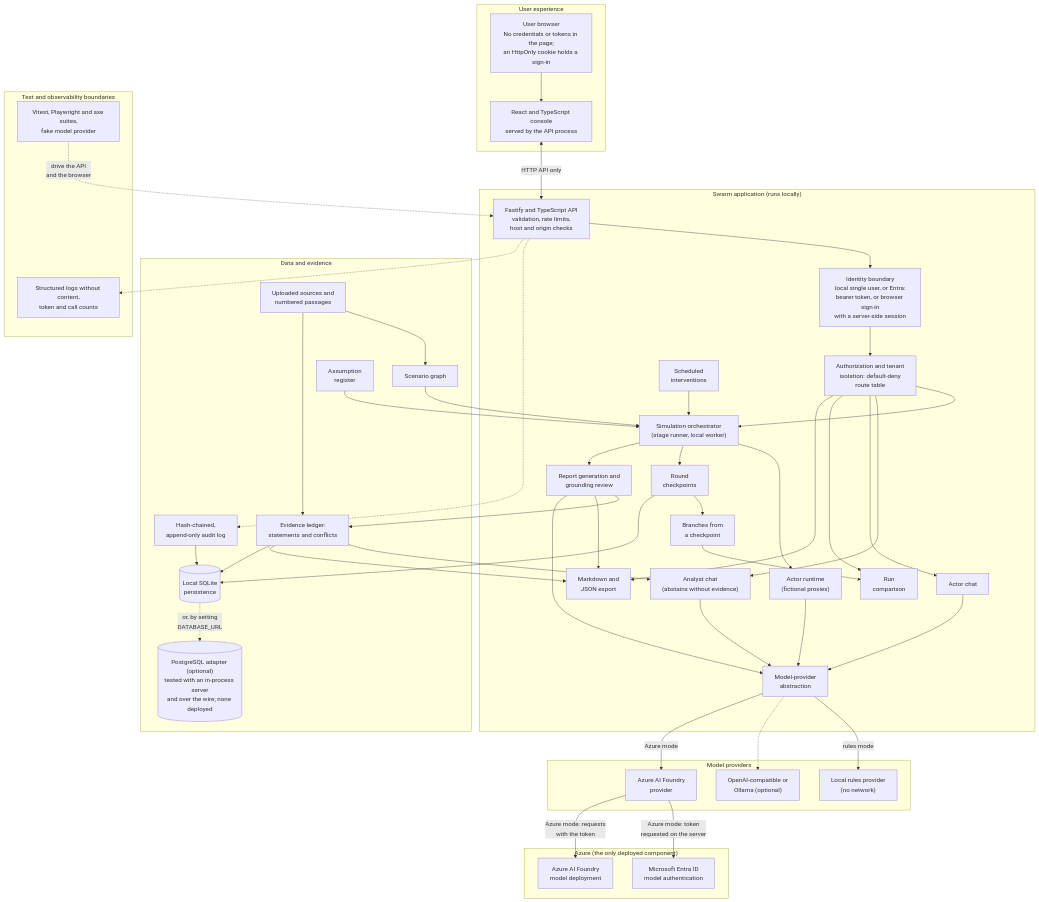
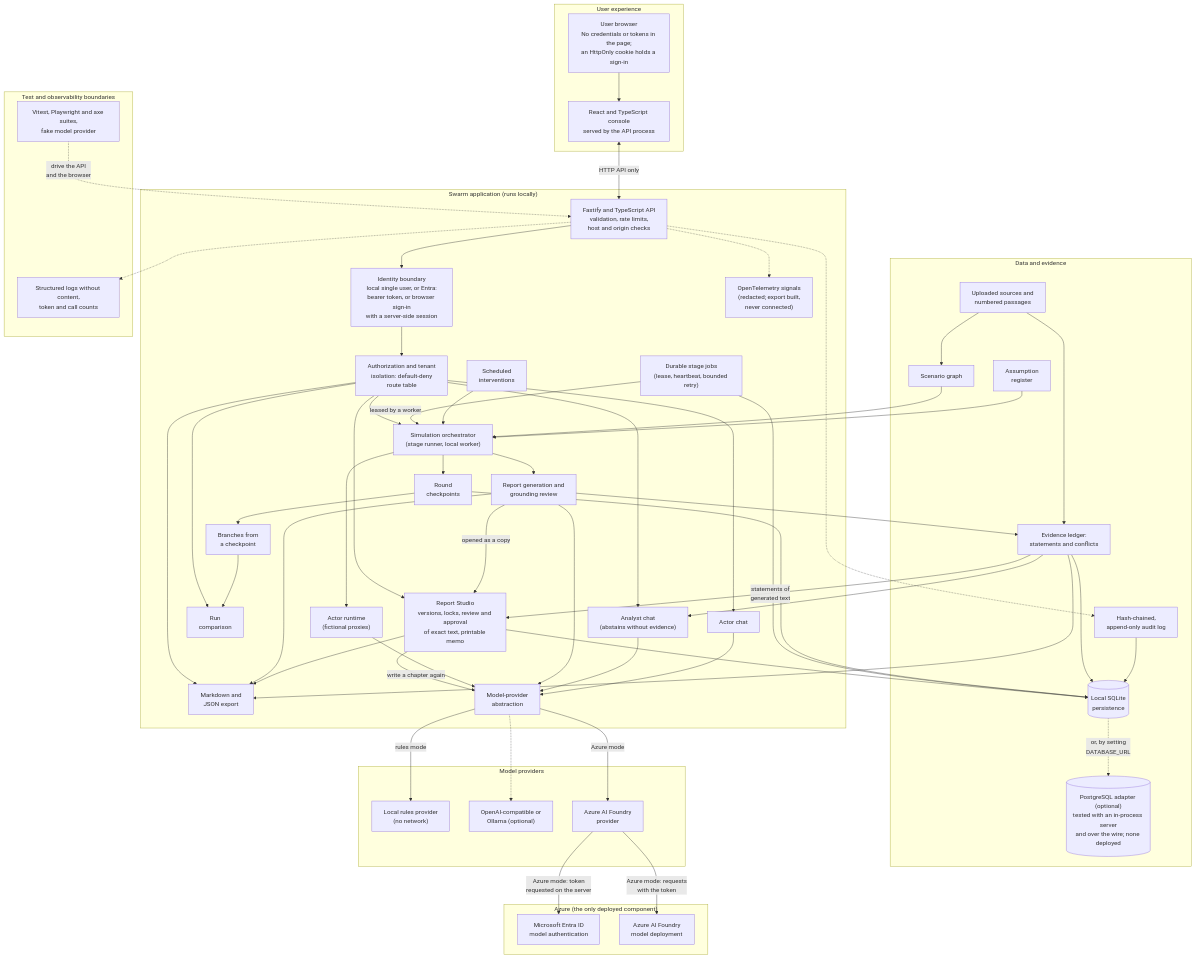
The diagram in README.md (snowjug/Swarm), drawn with Mermaid before and after one commit. The commit also changed other lines of this file and 81 other files, not shown here.

First line of the commit message:
Add Report Studio: edit, review and approve the generated report

```diff
--- a/README.md
+++ b/README.md
@@ -182,7 +183,10 @@
         Report["Report generation and<br/>grounding review"]
         Analyst["Analyst chat<br/>(abstains without evidence)"]
         ActorChat["Actor chat"]
+        Studio["Report Studio<br/>versions, locks, review and approval<br/>of exact text, printable memo"]
         Export["Markdown and<br/>JSON export"]
+        Jobs["Durable stage jobs<br/>(lease, heartbeat, bounded retry)"]
+        Telemetry["OpenTelemetry signals<br/>(redacted; export built,<br/>never connected)"]
         Provider["Model-provider<br/>abstraction"]
     end
 
@@ -221,7 +225,10 @@
     Authz --> ActorChat
     Authz --> Compare
     Authz --> Export
+    Authz --> Studio
     API -.-> Audit
+    API -.-> Telemetry
+    Jobs -->|"leased by a worker"| Orchestrator
 
     Sources --> Graph
     Graph --> Orchestrator
@@ -237,6 +244,12 @@
     Ledger --> Analyst
     Ledger --> Export
     Report --> Export
+    Report -->|"opened as a copy"| Studio
+    Ledger -->|"statements of<br/>generated text"| Studio
+    Studio --> Export
+    Studio -->|"write a chapter again"| Provider
+    Studio --> DB
+    Jobs --> DB
     Checkpoints --> DB
     Ledger --> DB
     Audit --> DB
```
